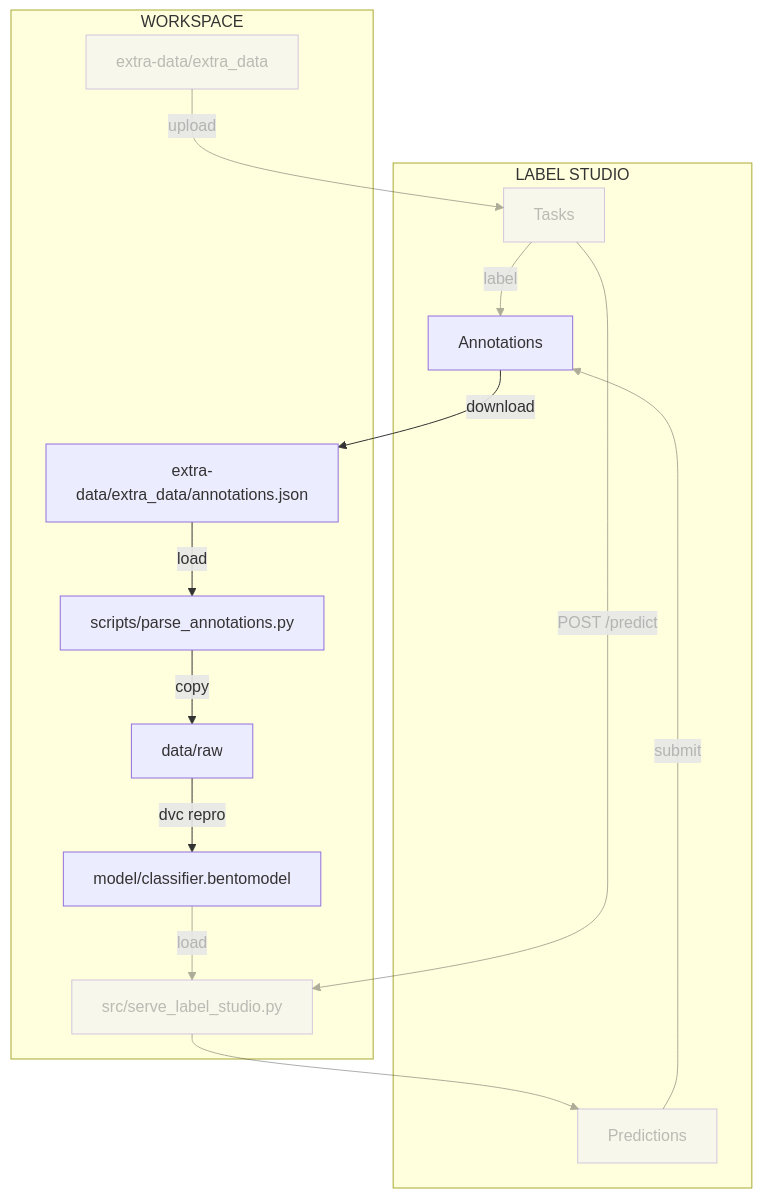
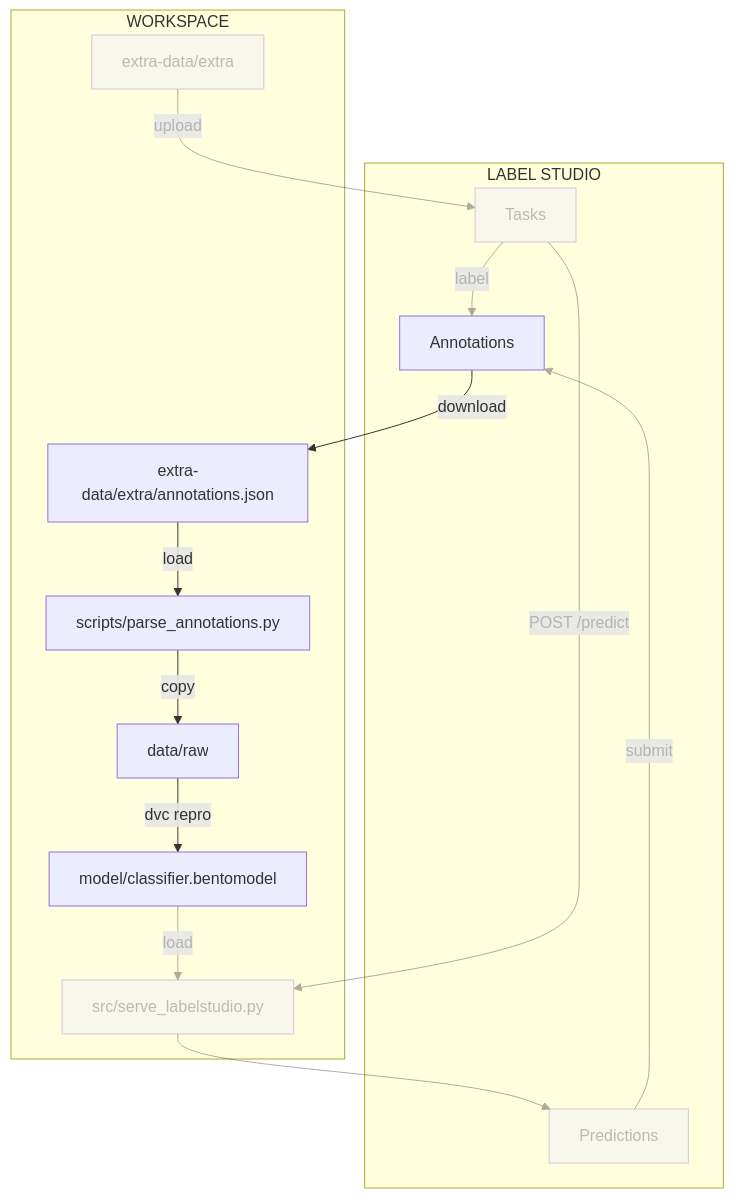
The diagram in docs/part-5-label-data-and-retrain/chapter-54-retrain-the-model-from-new-data-with-dvc.md (swiss-ai-center/a-guide-to-mlops), drawn with Mermaid before and after one commit. The commit also changed other lines of this file and 18 other files, not shown here.

````diff
--- a/docs/part-5-label-data-and-retrain/chapter-54-retrain-the-model-from-new-data-with-dvc.md
+++ b/docs/part-5-label-data-and-retrain/chapter-54-retrain-the-model-from-new-data-with-dvc.md
@@ -13,39 +13,39 @@
 ```mermaid
 flowchart TB
-    extra_data -->|upload| labelStudioTasks
+    extra -->|upload| labelStudioTasks
     labelStudioTasks -->|label| labelStudioAnnotations
     bento_model -->|load| fastapi
     labelStudioTasks -->|POST /predict| fastapi
     fastapi --> labelStudioPredictions
     labelStudioPredictions -->|submit| labelStudioAnnotations
-    labelStudioAnnotations -->|download| extra_data_annotations
-    extra_data_annotations --> |load| parse_annotations
+    labelStudioAnnotations -->|download| extra_annotations
+    extra_annotations --> |load| parse_annotations
     parse_annotations -->|copy| data_raw
     data_raw -->|dvc repro| bento_model
 
     subgraph workspaceGraph[WORKSPACE]
-        extra_data[extra-data/extra_data]
-        extra_data_annotations[extra-data/extra_data/annotations.json]
+        extra[extra-data/extra]
+        extra_annotations[extra-data/extra/annotations.json]
         bento_model[model/classifier.bentomodel]
-        fastapi[src/serve_label_studio.py]
+        fastapi[src/serve_labelstudio.py]
         parse_annotations[scripts/parse_annotations.py]
         data_raw[data/raw]
     end
 
     subgraph labelStudioGraph[LABEL STUDIO]
         labelStudioTasks[Tasks]
         labelStudioAnnotations[Annotations]
         labelStudioPredictions[Predictions]
     end
 
-    style extra_data opacity:0.4,color:#7f7f7f80
+    style extra opacity:0.4,color:#7f7f7f80
     style labelStudioTasks opacity:0.4,color:#7f7f7f80
     style fastapi opacity:0.4,color:#7f7f7f80
     style labelStudioPredictions opacity:0.4,color:#7f7f7f80
     linkStyle 0 opacity:0.4,color:#7f7f7f80
     linkStyle 1 opacity:0.4,color:#7f7f7f80
     linkStyle 2 opacity:0.4,color:#7f7f7f80
     linkStyle 3 opacity:0.4,color:#7f7f7f80
     linkStyle 4 opacity:0.4,color:#7f7f7f80
     linkStyle 5 opacity:0.4,color:#7f7f7f80
 ```
````
